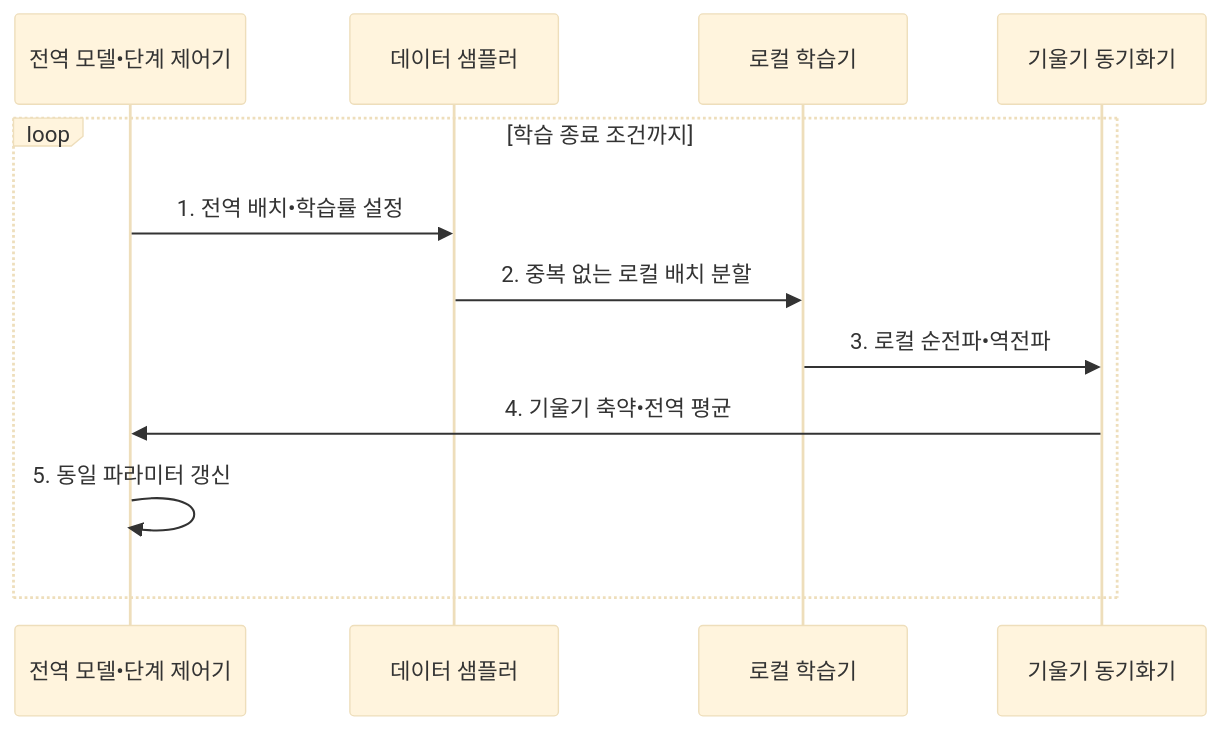
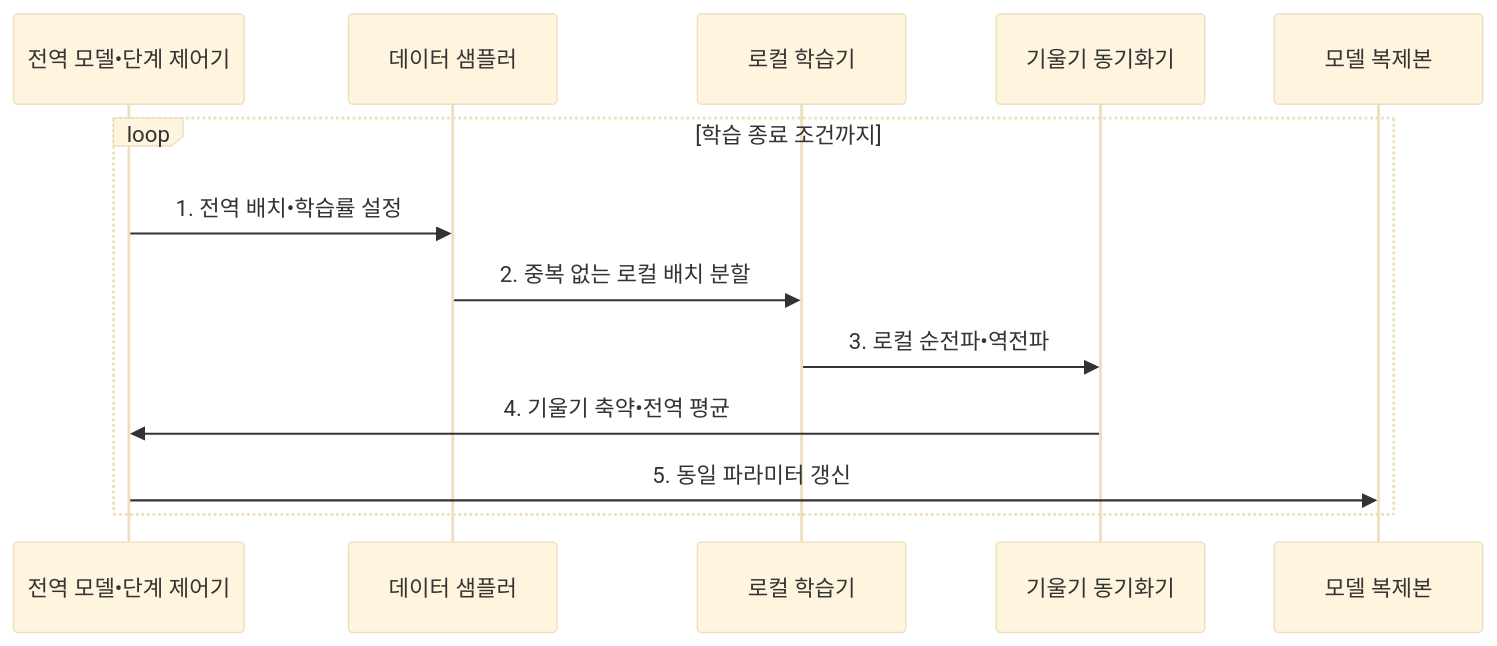
One commit to agnusdei1207/knowledge-base changed the second of 2 diagrams in src/content/docs/notes/08-latest-tech/154_data_parallelism.md. Above: the diagram before and after it, drawn with Mermaid (base theme). The commit also changed other lines of this file and 20 other files, not shown here.

````diff
--- a/src/content/docs/notes/08-latest-tech/154_data_parallelism.md
+++ b/src/content/docs/notes/08-latest-tech/154_data_parallelism.md
@@ -103,14 +103,15 @@
 ```mermaid
 sequenceDiagram
     participant C as 전역 모델•단계 제어기
     participant S as 데이터 샘플러
     participant L as 로컬 학습기
     participant G as 기울기 동기화기
+    participant M as 모델 복제본
     loop 학습 종료 조건까지
         C->>S: 1. 전역 배치•학습률 설정
         S->>L: 2. 중복 없는 로컬 배치 분할
         L->>G: 3. 로컬 순전파•역전파
-    G->>C: 4. 기울기 축약•전역 평균
-    C->>C: 5. 동일 파라미터 갱신
+        G->>C: 4. 기울기 축약•전역 평균
+        C->>M: 5. 동일 파라미터 갱신
     end
 ```
````
